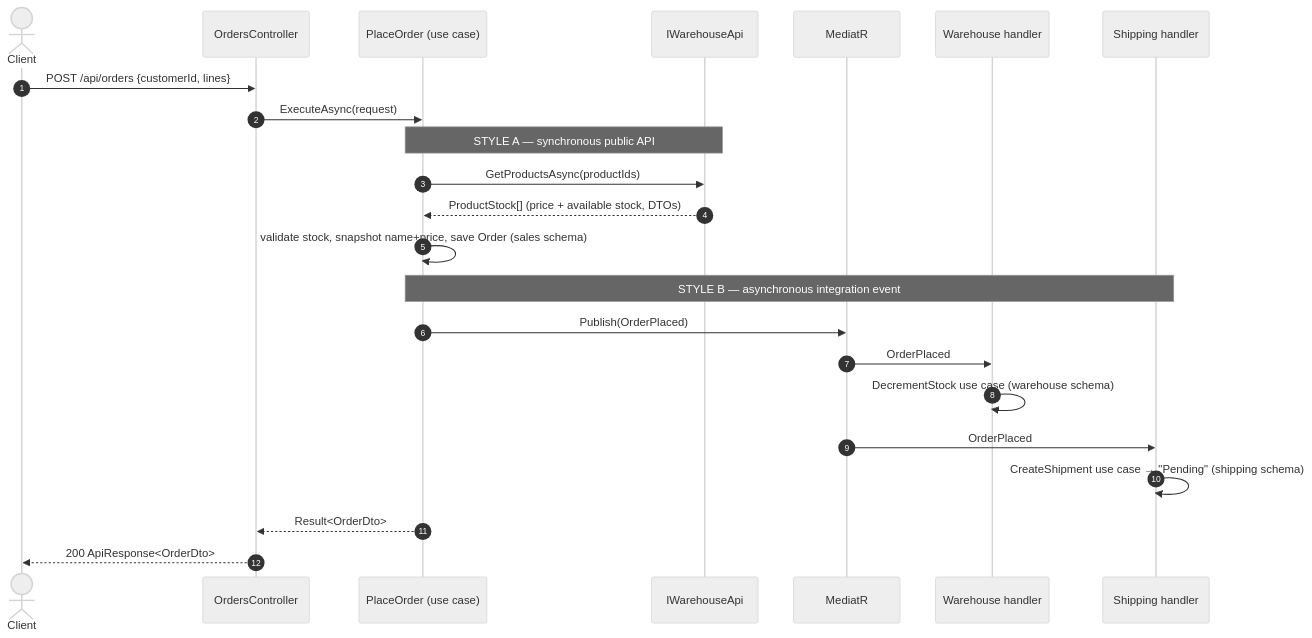
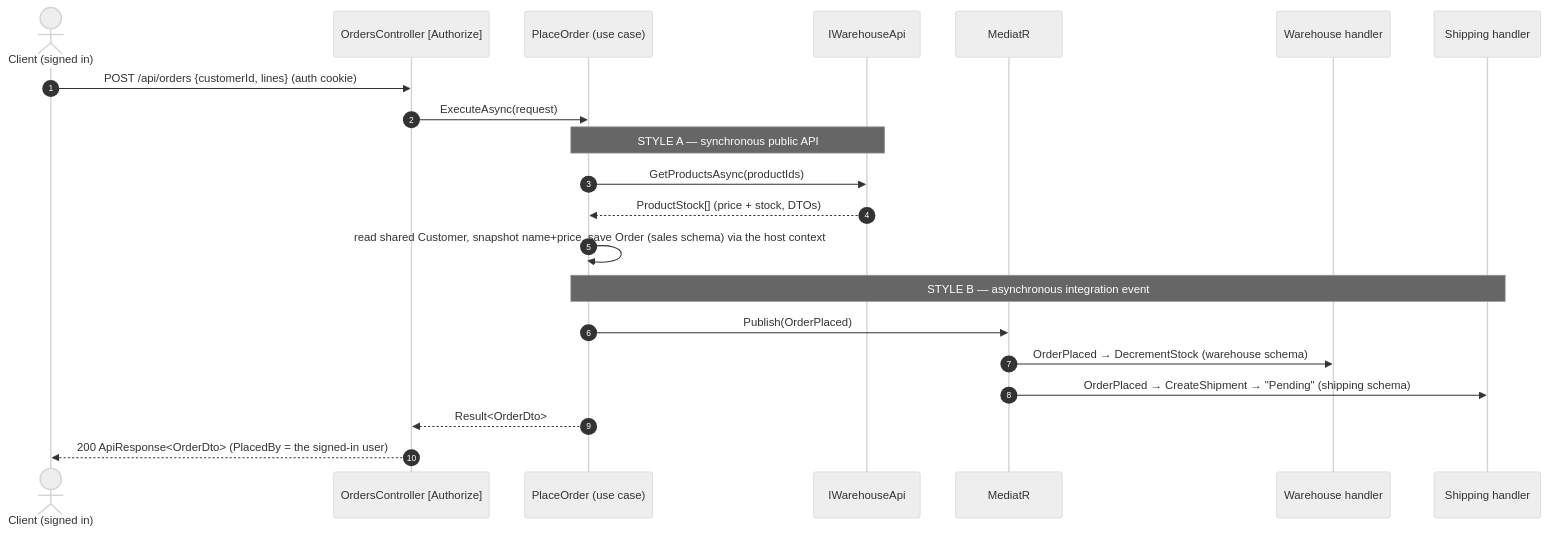
Before and after one commit to TNEXFF/ModularShop: the second of 2 diagrams in docs/architecture.md, drawn with Mermaid (neutral theme). The commit also changed other lines of this file and 3 other files, not shown here.

Commit message:
Docs: reflect Option B architecture (README + architecture, decision-log, platform-mapping)

````diff
--- a/docs/architecture.md
+++ b/docs/architecture.md
@@ -259,26 +380,24 @@
 ```mermaid
 sequenceDiagram
     autonumber
-    actor U as Client
-    participant C as OrdersController
+    actor U as Client (signed in)
+    participant C as OrdersController [Authorize]
     participant P as PlaceOrder (use case)
     participant W as IWarehouseApi
     participant Bus as MediatR
     participant WH as Warehouse handler
     participant SH as Shipping handler
 
-    U->>C: POST /api/orders {customerId, lines}
+    U->>C: POST /api/orders {customerId, lines}  (auth cookie)
     C->>P: ExecuteAsync(request)
     Note over P,W: STYLE A — synchronous public API
     P->>W: GetProductsAsync(productIds)
-    W-->>P: ProductStock[] (price + available stock, DTOs)
-    P->>P: validate stock, snapshot name+price, save Order (sales schema)
+    W-->>P: ProductStock[] (price + stock, DTOs)
+    P->>P: read shared Customer, snapshot name+price, save Order (sales schema) via the host context
     Note over P,SH: STYLE B — asynchronous integration event
     P->>Bus: Publish(OrderPlaced)
-    Bus->>WH: OrderPlaced
-    WH->>WH: DecrementStock use case (warehouse schema)
-    Bus->>SH: OrderPlaced
-    SH->>SH: CreateShipment use case → "Pending" (shipping schema)
+    Bus->>WH: OrderPlaced → DecrementStock (warehouse schema)
+    Bus->>SH: OrderPlaced → CreateShipment → "Pending" (shipping schema)
     P-->>C: Result<OrderDto>
-    C-->>U: 200 ApiResponse<OrderDto>
+    C-->>U: 200 ApiResponse<OrderDto>  (PlacedBy = the signed-in user)
 ```
````
